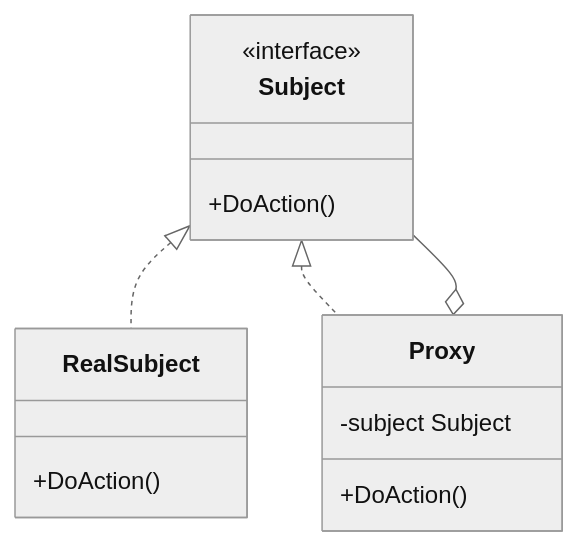
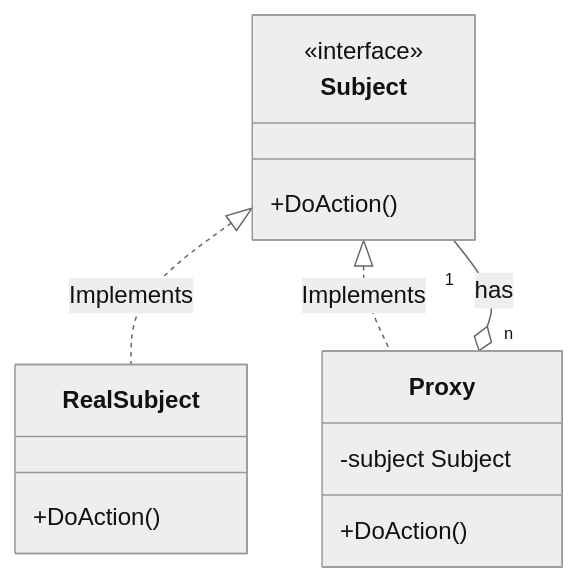
One commit to SteveAcen/course changed the diagram in docs/design/结构型/代理模式.mdx. Above: the diagram before and after it, drawn with Mermaid (neutral theme). The commit also changed other lines of this file and 17 other files, not shown here.

````diff
--- a/docs/design/结构型/代理模式.mdx
+++ b/docs/design/结构型/代理模式.mdx
@@ -10,20 +15,20 @@
 ```mermaid
 classDiagram
     class Subject {
         <<interface>>
         +DoAction()
     }
 
     class RealSubject {
         +DoAction()
     }
 
     class Proxy {
         -subject Subject
         +DoAction()
     }
 
-    Subject <|.. RealSubject
-    Subject <|.. Proxy
-    Proxy o-- Subject
+    Subject <|.. RealSubject:Implements
+    Subject <|.. Proxy:Implements
+    Proxy "n" o-- "1" Subject:has
 ```
````
